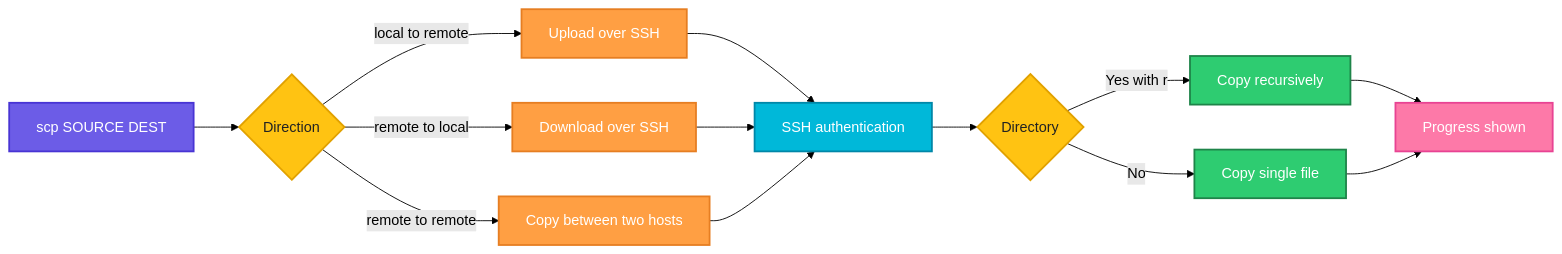
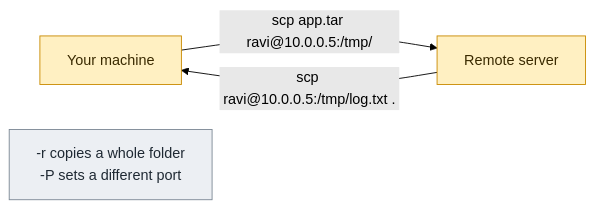
The diagram in linux/networking/scp.md (codeKerdosTech/DevOps-Documentation), drawn with Mermaid (forest theme) before and after one commit. The commit also changed other lines of this file and 165 other files, not shown here.

Commit message:
updated diagrams in linux

````diff
--- a/linux/networking/scp.md
+++ b/linux/networking/scp.md
@@ -15,28 +15,13 @@
 ```mermaid
 flowchart LR
-    A[scp SOURCE DEST] --> B{Direction}
-    B -->|local to remote| C[Upload over SSH]
-    B -->|remote to local| D[Download over SSH]
-    B -->|remote to remote| E[Copy between two hosts]
-    C --> F[SSH authentication]
-    D --> F
-    E --> F
-    F --> G{Directory}
-    G -->|Yes with r| H[Copy recursively]
-    G -->|No| I[Copy single file]
-    H --> J[Progress shown]
-    I --> J
-    classDef start fill:#6C5CE7,stroke:#4834D4,stroke-width:2px,color:#fff
-    classDef proc fill:#00B8D9,stroke:#0087A8,stroke-width:2px,color:#fff
-    classDef dec fill:#FFC312,stroke:#E1A100,stroke-width:2px,color:#222
-    classDef ok fill:#2ECC71,stroke:#1E8449,stroke-width:2px,color:#fff
-    classDef err fill:#FF4757,stroke:#C0392B,stroke-width:2px,color:#fff
-    classDef out fill:#FD79A8,stroke:#E84393,stroke-width:2px,color:#fff
-    classDef alt fill:#FF9F43,stroke:#E67E22,stroke-width:2px,color:#fff
-    class A start
-    class B,G dec
-    class C,D,E alt
-    class F proc
-    class H,I ok
-    class J out
+    c1[Your machine] -->|scp app.tar ravi@10.0.0.5:/tmp/| c2[Remote server]
+    c2 -->|scp ravi@10.0.0.5:/tmp/log.txt .| c1
+    n1[-r copies a whole folder<br/>-P sets a different port]
+    classDef inp fill:#DCEBFF,stroke:#2F6FDE,color:#10213F
+    classDef cmd fill:#FFF0C2,stroke:#C98A00,color:#3A2A00
+    classDef out fill:#D9F5E3,stroke:#1F9D55,color:#0B2E1A
+    classDef bad fill:#FDE0E0,stroke:#D13B3B,color:#4A0F0F
+    classDef note fill:#ECEFF3,stroke:#7B8794,color:#1F2933
+    class c1,c2 cmd
+    class n1 note
 ```
````
